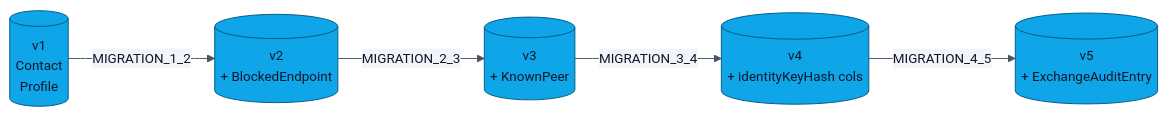
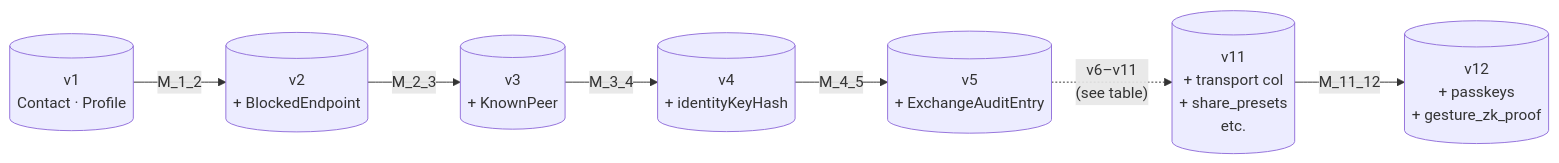
The second of 2 diagrams in docs/DATA_MODEL.md (Yash-Awasthi/Aura), drawn with Mermaid before and after one commit. The commit also changed other lines of this file and 8 other files, not shown here.

````diff
--- a/docs/DATA_MODEL.md
+++ b/docs/DATA_MODEL.md
@@ -106,19 +94,9 @@
 ```mermaid
-%%{init: {'theme':'base','themeVariables':{
-  'fontFamily':'ui-monospace, SFMono-Regular, Menlo, Monaco, monospace',
-  'fontSize':'14px',
-  'primaryColor':'#0EA5E9',
-  'primaryTextColor':'#0F172A',
-  'primaryBorderColor':'#075985',
-  'lineColor':'#475569',
-  'secondaryColor':'#F1F5F9',
-  'tertiaryColor':'#FAFAF9',
-  'clusterBkg':'#F8FAFC',
-  'clusterBorder':'#CBD5E1'
-},'flowchart':{'curve':'basis','nodeSpacing':40,'rankSpacing':50,'padding':12}}}%%
 flowchart LR
-    V1[(v1\nContact\nProfile)] -- MIGRATION_1_2 --> V2[(v2\n+ BlockedEndpoint)]
-    V2 -- MIGRATION_2_3 --> V3[(v3\n+ KnownPeer)]
-    V3 -- MIGRATION_3_4 --> V4[(v4\n+ identityKeyHash cols)]
-    V4 -- MIGRATION_4_5 --> V5[(v5\n+ ExchangeAuditEntry)]
+    V1[(v1\nContact · Profile)] -- M_1_2 --> V2[(v2\n+ BlockedEndpoint)]
+    V2 -- M_2_3 --> V3[(v3\n+ KnownPeer)]
+    V3 -- M_3_4 --> V4[(v4\n+ identityKeyHash)]
+    V4 -- M_4_5 --> V5[(v5\n+ ExchangeAuditEntry)]
+    V5 -. "v6–v11\n(see table)" .-> V11[(v11\n+ transport col\n+ share_presets\netc.)]
+    V11 -- M_11_12 --> V12[(v12\n+ passkeys\n+ gesture_zk_proof)]
 ```
````
